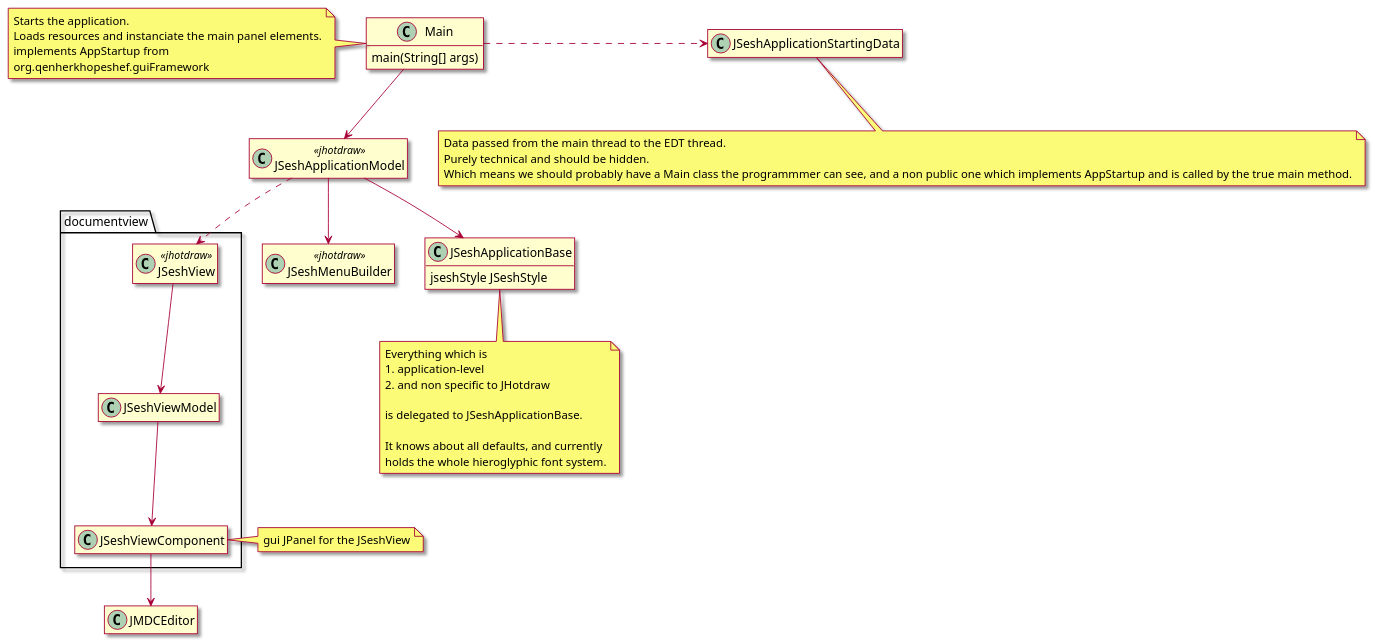
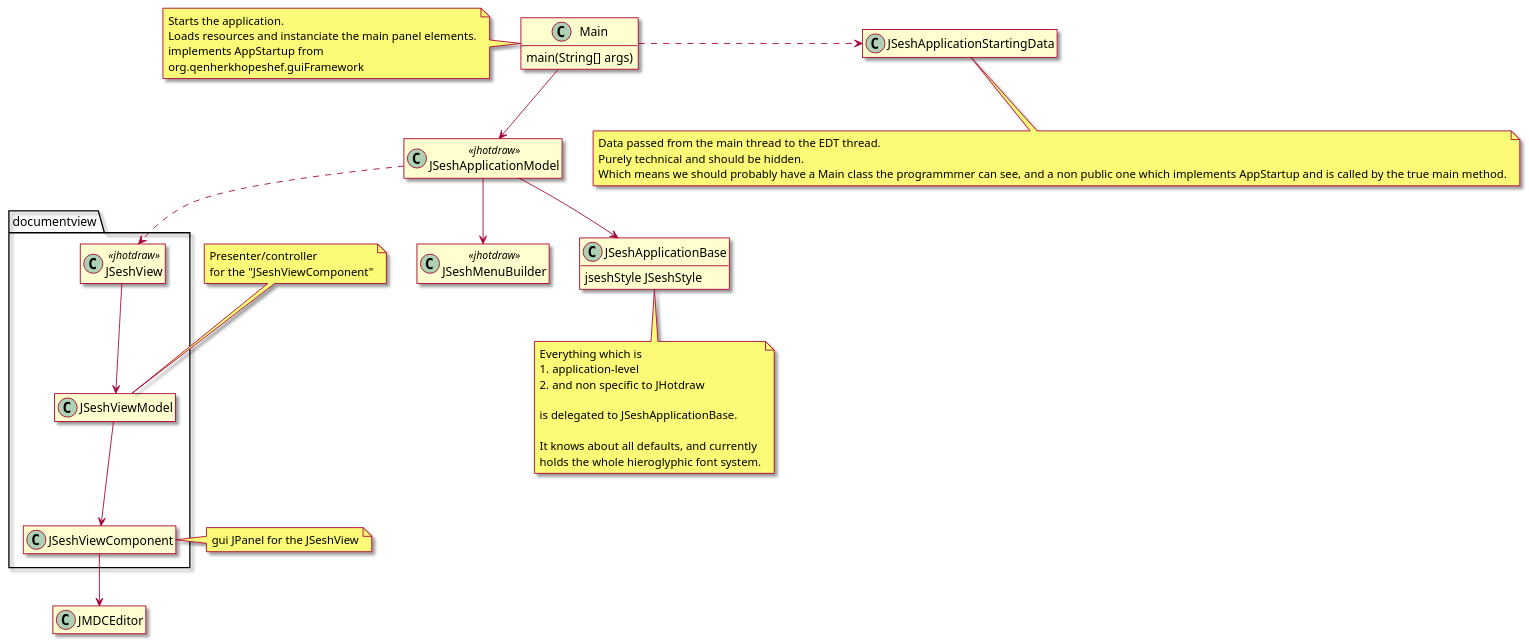
The first of 6 diagrams in 00_Documents/journal/DevelopperJournal.md (rosmord/jsesh), drawn with PlantUML before and after one commit. The commit also changed other lines of this file and 17 other files, not shown here.

Commit message:
top level elements of jseshAppli compile. Now we need to deal with actions

```diff
--- a/00_Documents/journal/DevelopperJournal.md
+++ b/00_Documents/journal/DevelopperJournal.md
@@ -163,9 +233,15 @@
   }
 }
 
+note top of JSeshViewModel
+Presenter/controller 
+for the "JSeshViewComponent"
+end note
+
 note right of JSeshViewComponent
 gui JPanel for the JSeshView
-end note
+  end note
+
 
 JSeshView --> JSeshViewModel
 JSeshViewModel --> JSeshViewComponent
```
